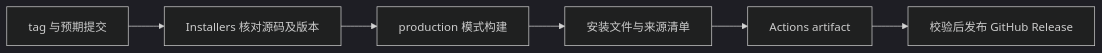
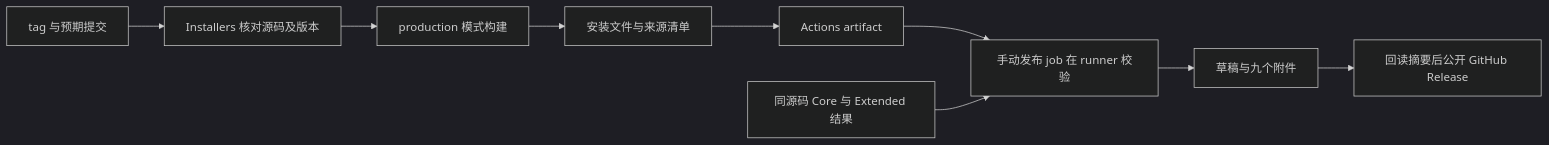
Before and after one commit to BlueSkyXN/OpenZWork: the diagram in docs/spec/github-actions-runtime.md, drawn with Mermaid (dark theme). The commit also changed other lines of this file and 5 other files, not shown here.

Commit message:
ci: publish verified release artifacts on GitHub runners

````diff
--- a/docs/spec/github-actions-runtime.md
+++ b/docs/spec/github-actions-runtime.md
@@ -60,8 +63,11 @@
 ```mermaid
 flowchart LR
     T[tag 与预期提交] --> V[Installers 核对源码及版本]
     V --> B[production 模式构建]
     B --> M[安装文件与来源清单]
     M --> A[Actions artifact]
-    A --> R[校验后发布 GitHub Release]
+    A --> C[手动发布 job 在 runner 校验]
+    G[同源码 Core 与 Extended 结果] --> C
+    C --> D[草稿与九个附件]
+    D --> R[回读摘要后公开 GitHub Release]
 ```
````
